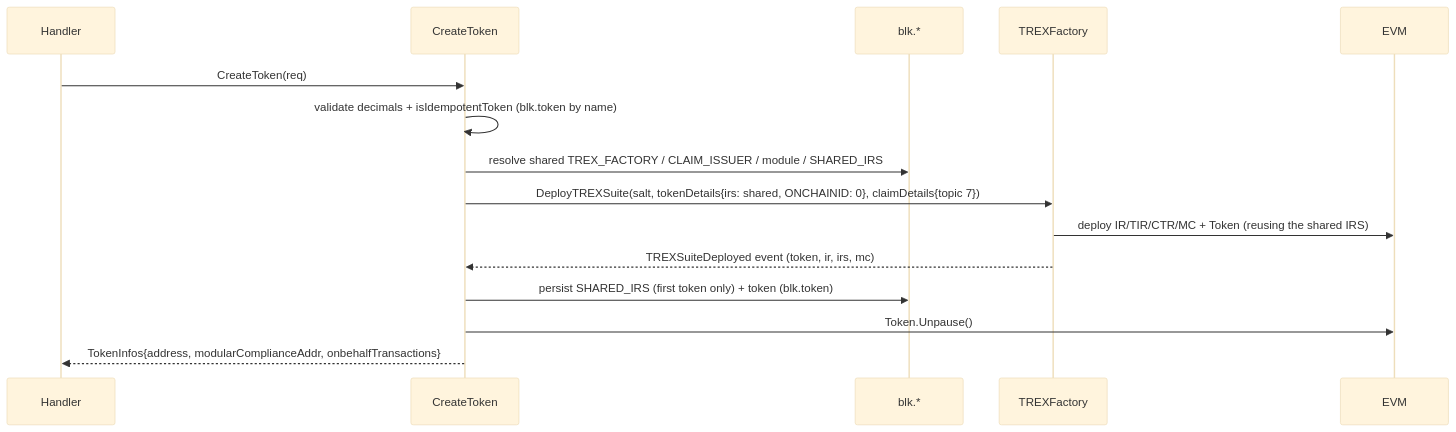
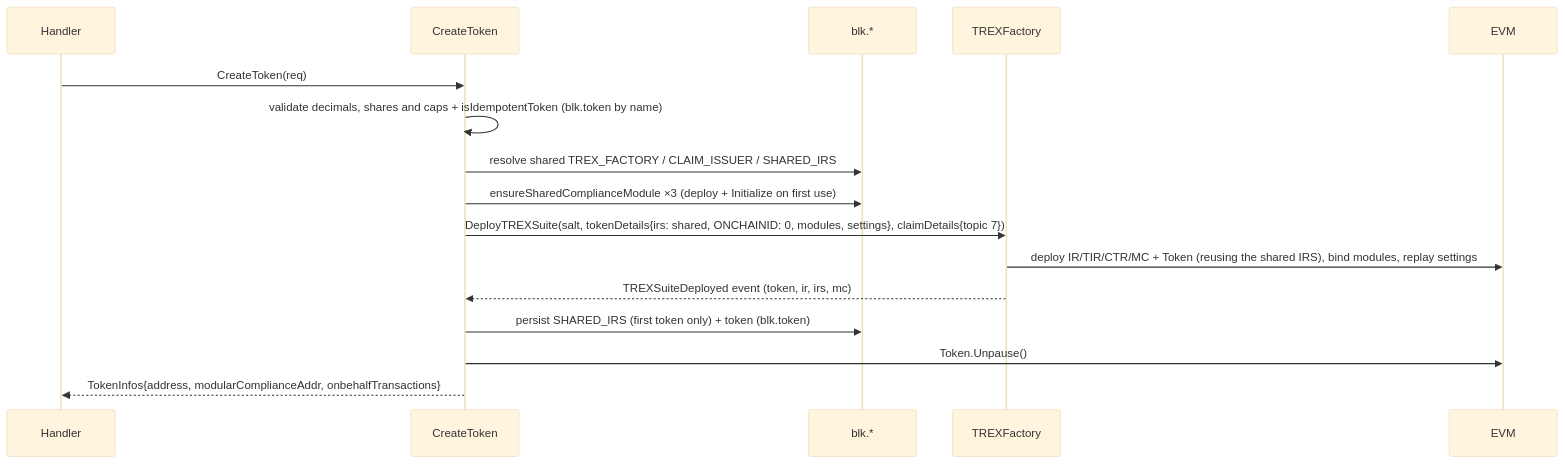
Before and after one commit to TookenOrg/Tooken-Services: the fourth of 5 diagrams in internal/blockchain/README.md, drawn with Mermaid (base theme). The commit also changed other lines of this file and 14 other files, not shown here.

Commit message:
feat(blockchain): cap every new token at deployment (M3-6 lot B) - Use MaxBalanceModule - Use SupplyLimitModule - Add checks between maxBalancePerUser and SupplyLimit - Update README - Add tests

````diff
--- a/internal/blockchain/README.md
+++ b/internal/blockchain/README.md
@@ -196,18 +207,19 @@
 ```mermaid
 sequenceDiagram
     participant H as Handler
     participant T as CreateToken
     participant DB as blk.*
     participant F as TREXFactory
     participant Chain as EVM
 
     H->>T: CreateToken(req)
-    T->>T: validate decimals + isIdempotentToken (blk.token by name)
-    T->>DB: resolve shared TREX_FACTORY / CLAIM_ISSUER / module / SHARED_IRS
-    T->>F: DeployTREXSuite(salt, tokenDetails{irs: shared, ONCHAINID: 0}, claimDetails{topic 7})
-    F->>Chain: deploy IR/TIR/CTR/MC + Token (reusing the shared IRS)
+    T->>T: validate decimals, shares and caps + isIdempotentToken (blk.token by name)
+    T->>DB: resolve shared TREX_FACTORY / CLAIM_ISSUER / SHARED_IRS
+    T->>DB: ensureSharedComplianceModule ×3 (deploy + Initialize on first use)
+    T->>F: DeployTREXSuite(salt, tokenDetails{irs: shared, ONCHAINID: 0, modules, settings}, claimDetails{topic 7})
+    F->>Chain: deploy IR/TIR/CTR/MC + Token (reusing the shared IRS), bind modules, replay settings
     F-->>T: TREXSuiteDeployed event (token, ir, irs, mc)
     T->>DB: persist SHARED_IRS (first token only) + token (blk.token)
     T->>Chain: Token.Unpause()
     T-->>H: TokenInfos{address, modularComplianceAddr, onbehalfTransactions}
 ```
````
